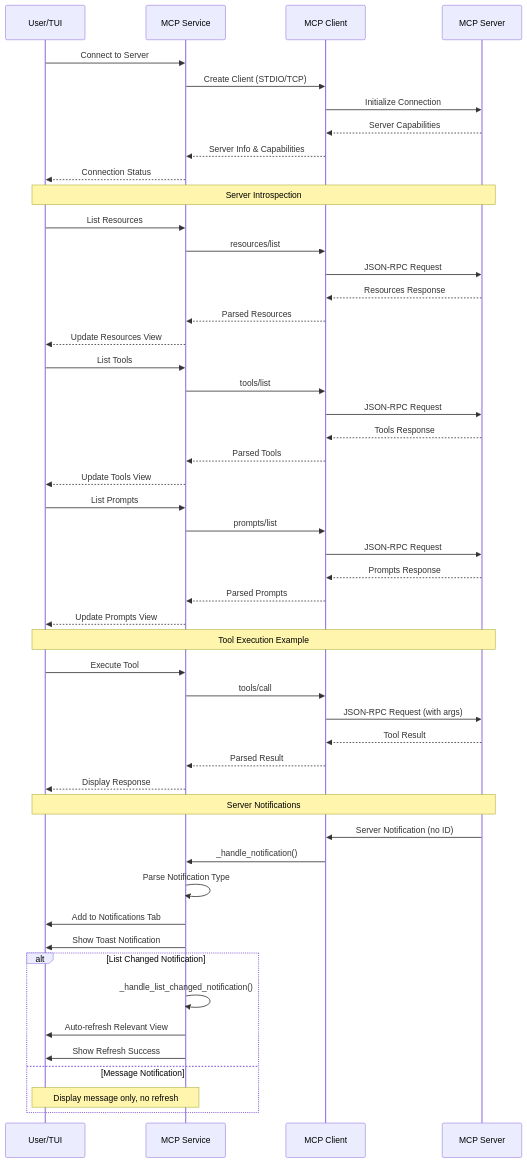
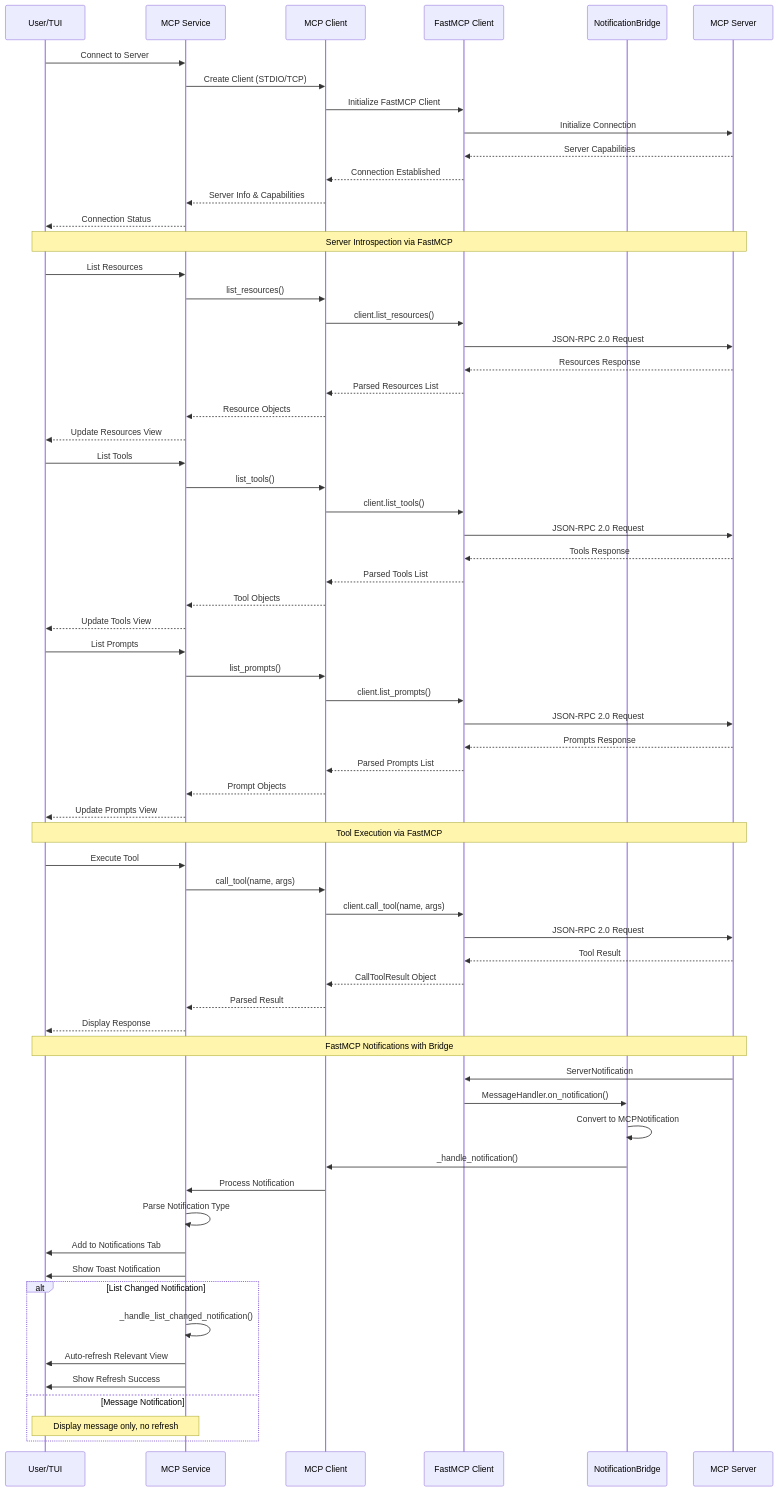
Before and after one commit to paulrobello/par-mcp-inspector-tui: the third of 11 diagrams in docs/diagrams.md, drawn with Mermaid. The commit also changed other lines of this file and 22 other files, not shown here.

````diff
--- a/docs/diagrams.md
+++ b/docs/diagrams.md
@@ -144,62 +148,77 @@
 ```mermaid
 sequenceDiagram
     participant U as User/TUI
     participant S as MCP Service
     participant C as MCP Client
+    participant F as FastMCP Client
+    participant N as NotificationBridge
     participant M as MCP Server
 
     U->>S: Connect to Server
     S->>C: Create Client (STDIO/TCP)
-    C->>M: Initialize Connection
-    M-->>C: Server Capabilities
+    C->>F: Initialize FastMCP Client
+    F->>M: Initialize Connection
+    M-->>F: Server Capabilities
+    F-->>C: Connection Established
     C-->>S: Server Info & Capabilities
     S-->>U: Connection Status
 
-    Note over U,M: Server Introspection
+    Note over U,M: Server Introspection via FastMCP
 
     U->>S: List Resources
-    S->>C: resources/list
-    C->>M: JSON-RPC Request
-    M-->>C: Resources Response
-    C-->>S: Parsed Resources
+    S->>C: list_resources()
+    C->>F: client.list_resources()
+    F->>M: JSON-RPC 2.0 Request
+    M-->>F: Resources Response
+    F-->>C: Parsed Resources List
+    C-->>S: Resource Objects
     S-->>U: Update Resources View
 
     U->>S: List Tools
-    S->>C: tools/list
-    C->>M: JSON-RPC Request
-    M-->>C: Tools Response
-    C-->>S: Parsed Tools
+    S->>C: list_tools()
+    C->>F: client.list_tools()
+    F->>M: JSON-RPC 2.0 Request
+    M-->>F: Tools Response
+    F-->>C: Parsed Tools List
+    C-->>S: Tool Objects
     S-->>U: Update Tools View
 
     U->>S: List Prompts
-    S->>C: prompts/list
-    C->>M: JSON-RPC Request
-    M-->>C: Prompts Response
-    C-->>S: Parsed Prompts
+    S->>C: list_prompts()
+    C->>F: client.list_prompts()
+    F->>M: JSON-RPC 2.0 Request
+    M-->>F: Prompts Response
+    F-->>C: Parsed Prompts List
+    C-->>S: Prompt Objects
     S-->>U: Update Prompts View
 
-    Note over U,M: Tool Execution Example
+    Note over U,M: Tool Execution via FastMCP
 
     U->>S: Execute Tool
-    S->>C: tools/call
-    C->>M: JSON-RPC Request (with args)
-    M-->>C: Tool Result
+    S->>C: call_tool(name, args)
+    C->>F: client.call_tool(name, args)
+    F->>M: JSON-RPC 2.0 Request
+    M-->>F: Tool Result
+    F-->>C: CallToolResult Object
     C-->>S: Parsed Result
     S-->>U: Display Response
 
-    Note over U,M: Server Notifications
+    Note over U,M: FastMCP Notifications with Bridge
 
-    M->>C: Server Notification (no ID)
-    C->>S: _handle_notification()
+    M->>F: ServerNotification
+    F->>N: MessageHandler.on_notification()
+    N->>N: Convert to MCPNotification
+    N->>C: _handle_notification()
+    C->>S: Process Notification
     S->>S: Parse Notification Type
     S->>U: Add to Notifications Tab
     S->>U: Show Toast Notification
 
     alt List Changed Notification
         S->>S: _handle_list_changed_notification()
         S->>U: Auto-refresh Relevant View
         S->>U: Show Refresh Success
     else Message Notification
         Note over S,U: Display message only, no refresh
     end
 ```
````
